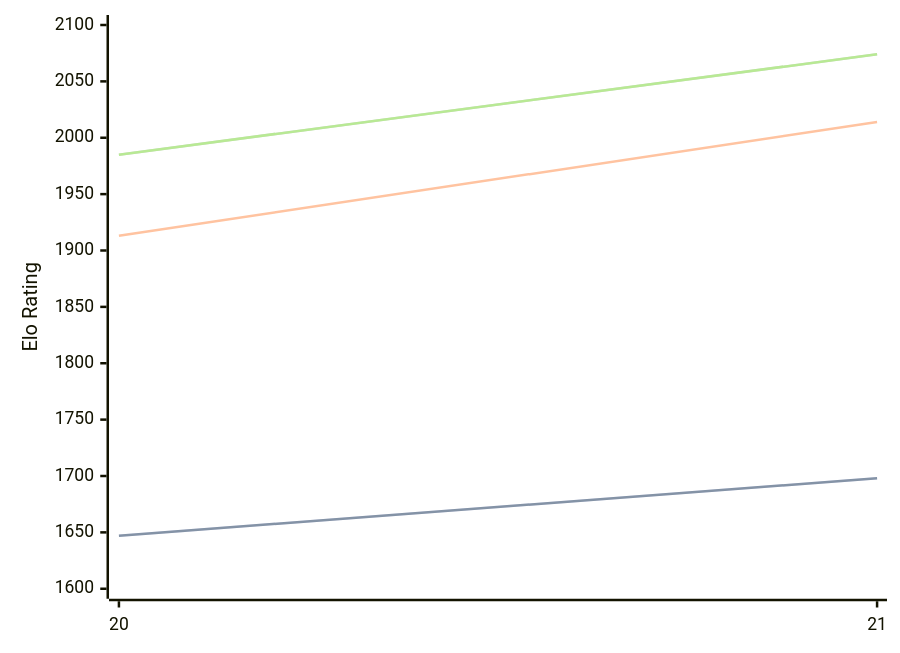
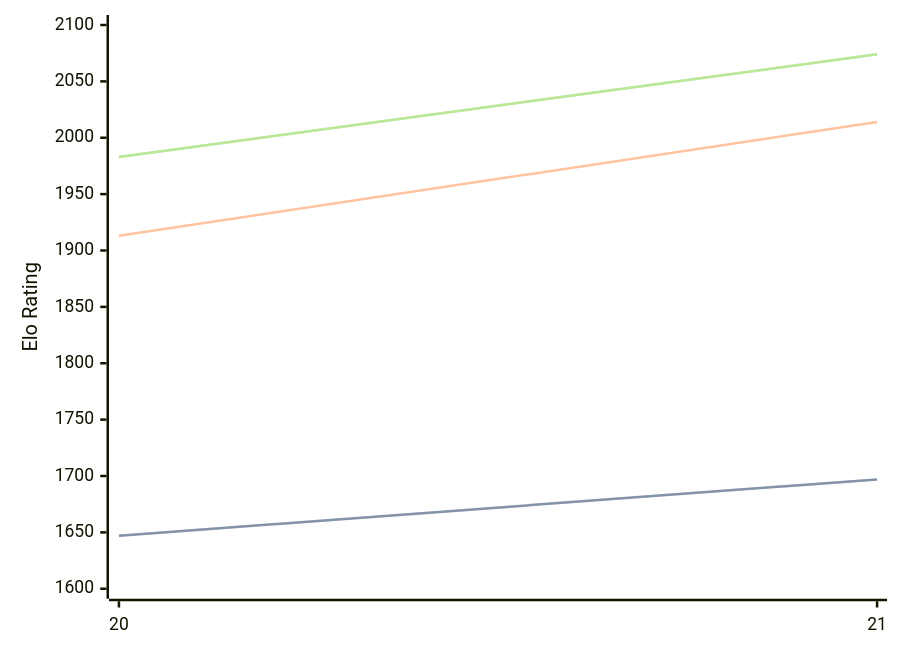
The diagram in engines/PurplePanda.md (computer-chess-index/cci), drawn with Mermaid before and after one commit. The commit also changed other lines of this file, not shown here.

Commit message:
Update CCI Ratings (ELO VLTC) - 2026-09-21

````diff
--- a/engines/PurplePanda.md
+++ b/engines/PurplePanda.md
@@ -32,11 +32,11 @@
 ```mermaid
 %%{init: {"theme":"base","themeVariables":{"seriesColors:['#a3a3a3','#222221','#faa371']}}}%%
 xychart-beta
   x-axis ["20", "21"]
   y-axis "Elo Rating" 1600 --> 2100
-  line "" [1647, 1698]
-  line "STC (8.0+0.08s)" [1647, 1698]
+  line "" [1647, 1697]
+  line "STC (8.0+0.08s)" [1647, 1697]
   line "LTC (60.0+0.60s)" [1913, 2014]
-  line "" [1985, 2074]
-  line "VLTC (2m24s+1.12s)" [1985, 2074]
+  line "" [1983, 2074]
+  line "VLTC (2m24s+1.12s)" [1983, 2074]
 ```
````
